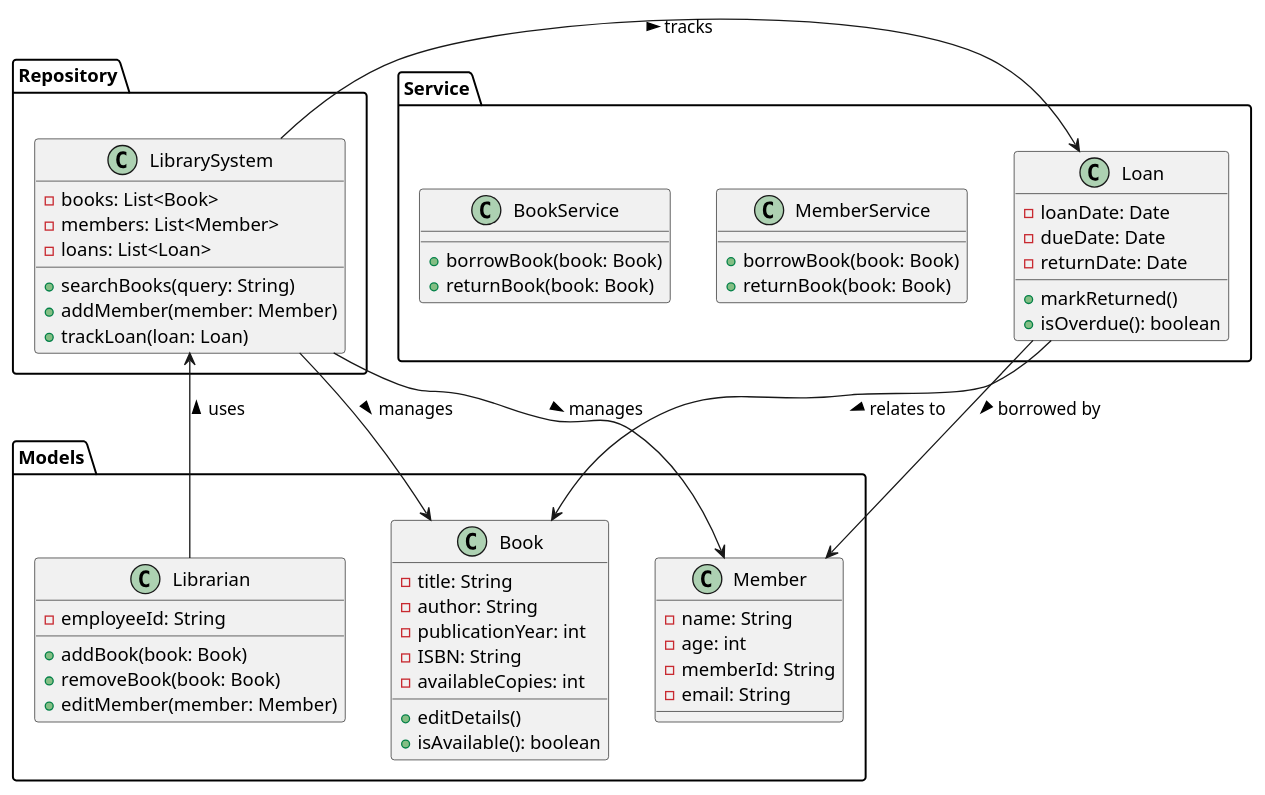
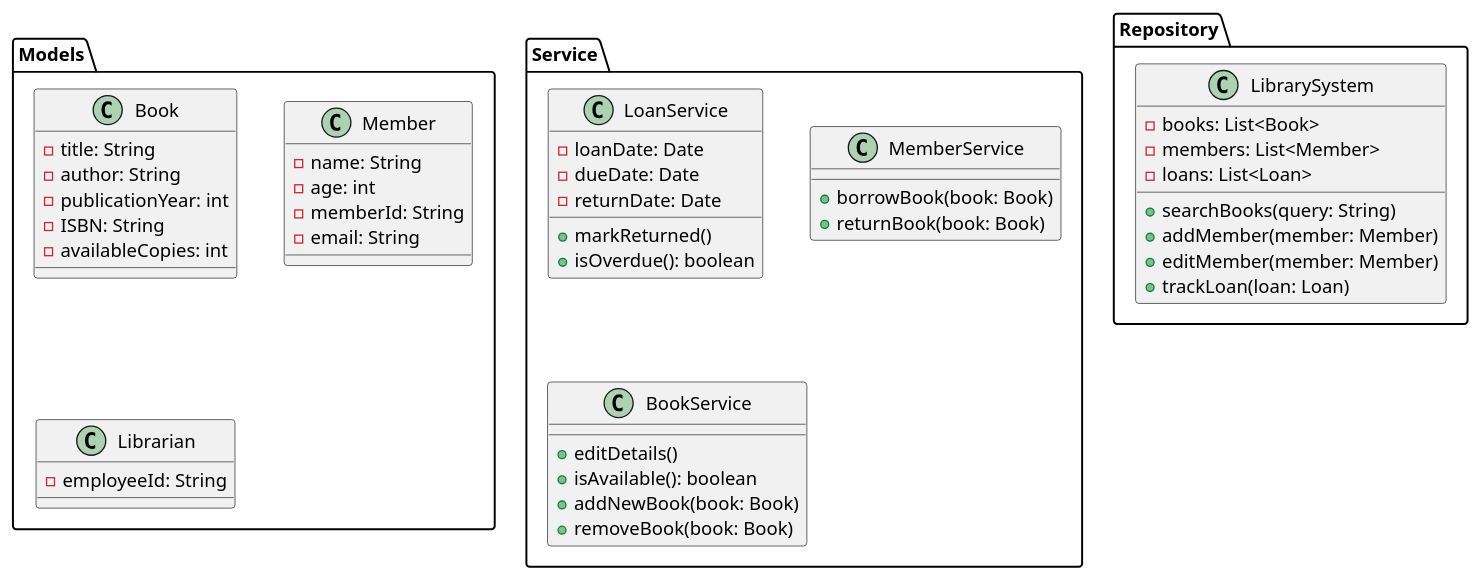
The diagram in src/uml/IntecPuntClassDiagram.puml (BramLab/IntecPunt), drawn with PlantUML before and after one commit.

```diff
--- a/src/uml/IntecPuntClassDiagram.puml
+++ b/src/uml/IntecPuntClassDiagram.puml
@@ -1,63 +1,57 @@
 @startuml
 Package "Models" {
 class Book {
   - title: String
   - author: String
   - publicationYear: int
   - ISBN: String
   - availableCopies: int
-  + editDetails()
-  + isAvailable(): boolean
 }
 
 class Member {
   - name: String
   - age: int
   - memberId: String
   - email: String
 }
 
 class Librarian {
   - employeeId: String
-  + addBook(book: Book)
-  + removeBook(book: Book)
-  + editMember(member: Member)
+
   }
 }
 
-Package Service {
-class Loan {
+Package "Service" {
+class LoanService {
   - loanDate: Date
   - dueDate: Date
   - returnDate: Date
   + markReturned()
   + isOverdue(): boolean
-   }
+  }
 class MemberService {
   + borrowBook(book: Book)
   + returnBook(book: Book)
-   }
+
+  }
 class BookService {
-  + borrowBook(book: Book)
-  + returnBook(book: Book)
+  + editDetails()
+  + isAvailable(): boolean
+  + addNewBook(book: Book)
+  + removeBook(book: Book)
   }
 }
 
-Package Repository {
+Package "Repository" {
 class LibrarySystem {
   - books: List<Book>
   - members: List<Member>
   - loans: List<Loan>
   + searchBooks(query: String)
   + addMember(member: Member)
+  + editMember(member: Member)
   + trackLoan(loan: Loan)
   }
 }
 
-LibrarySystem --> Book : manages >
-LibrarySystem --> Member : manages >
-LibrarySystem --> Loan : tracks >
-Loan --> Book : relates to >
-Loan --> Member : borrowed by >
-Librarian --> LibrarySystem : uses >
 @enduml
```
